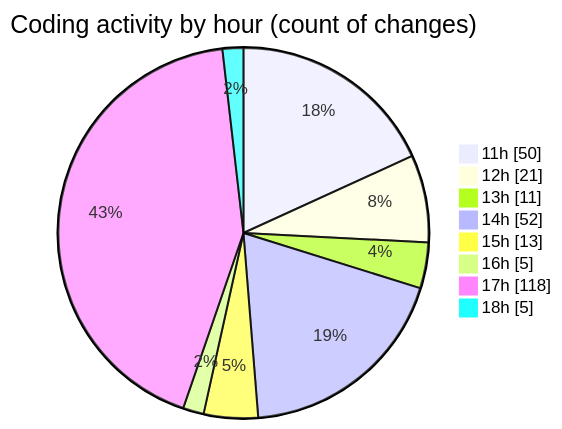
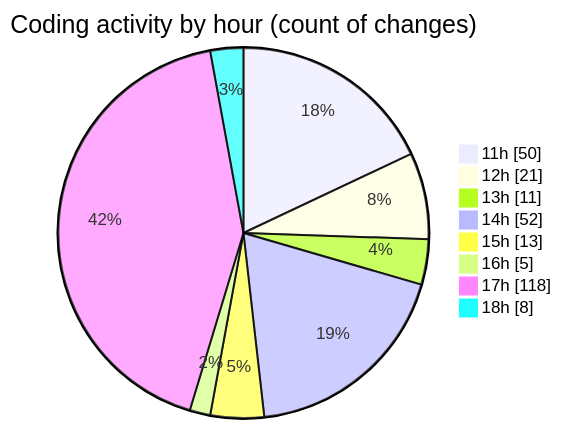
One commit to tmsrecording-cyber/code-tracking changed the second of 2 diagrams in 2026-02-06/singularitybrainai/README.md. Above: the diagram before and after it, drawn with Mermaid. The commit also changed other lines of this file and 1 other file, not shown here.

````diff
--- a/2026-02-06/singularitybrainai/README.md
+++ b/2026-02-06/singularitybrainai/README.md
@@ -43,12 +43,12 @@
 ```mermaid
 pie showData
 title Coding activity by hour (count of changes)
 "11h" : 50
 "12h" : 21
 "13h" : 11
 "14h" : 52
 "15h" : 13
 "16h" : 5
 "17h" : 118
-"18h" : 5
+"18h" : 8
 ```
````
